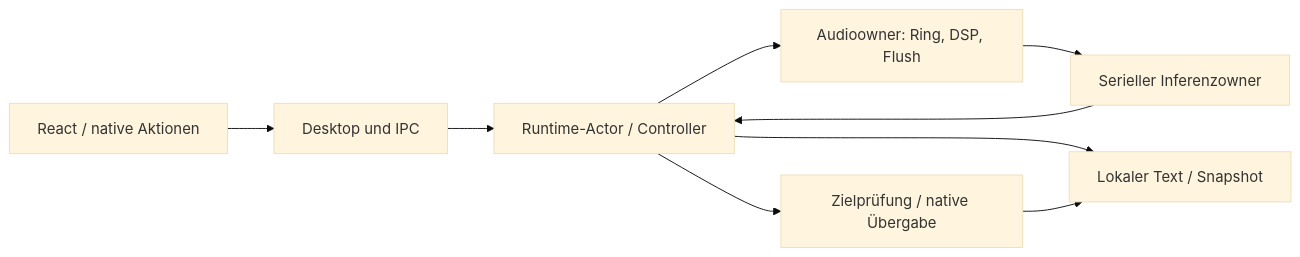
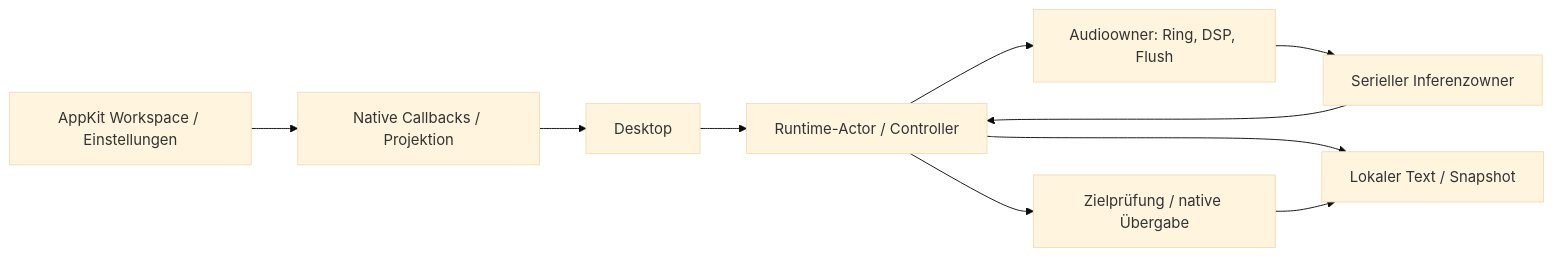
One commit to hoppworks/everlastChallenge changed the diagram in docs/code-map.md. Above: the diagram before and after it, drawn with Mermaid (base theme). The commit also changed other lines of this file and 8 other files, not shown here.

````diff
--- a/docs/code-map.md
+++ b/docs/code-map.md
@@ -3,11 +3,12 @@
 ```mermaid
 flowchart LR
-  UI[React / native Aktionen] --> Desktop[Desktop und IPC]
+  UI[AppKit Workspace / Einstellungen] --> Bridge[Native Callbacks / Projektion]
+  Bridge --> Desktop[Desktop]
   Desktop --> Runtime[Runtime-Actor / Controller]
   Runtime --> Audio[Audioowner: Ring, DSP, Flush]
   Audio --> Inference[Serieller Inferenzowner]
   Inference --> Runtime
   Runtime --> Native[Zielprüfung / native Übergabe]
   Runtime --> Local[Lokaler Text / Snapshot]
   Native --> Local
 ```
````
